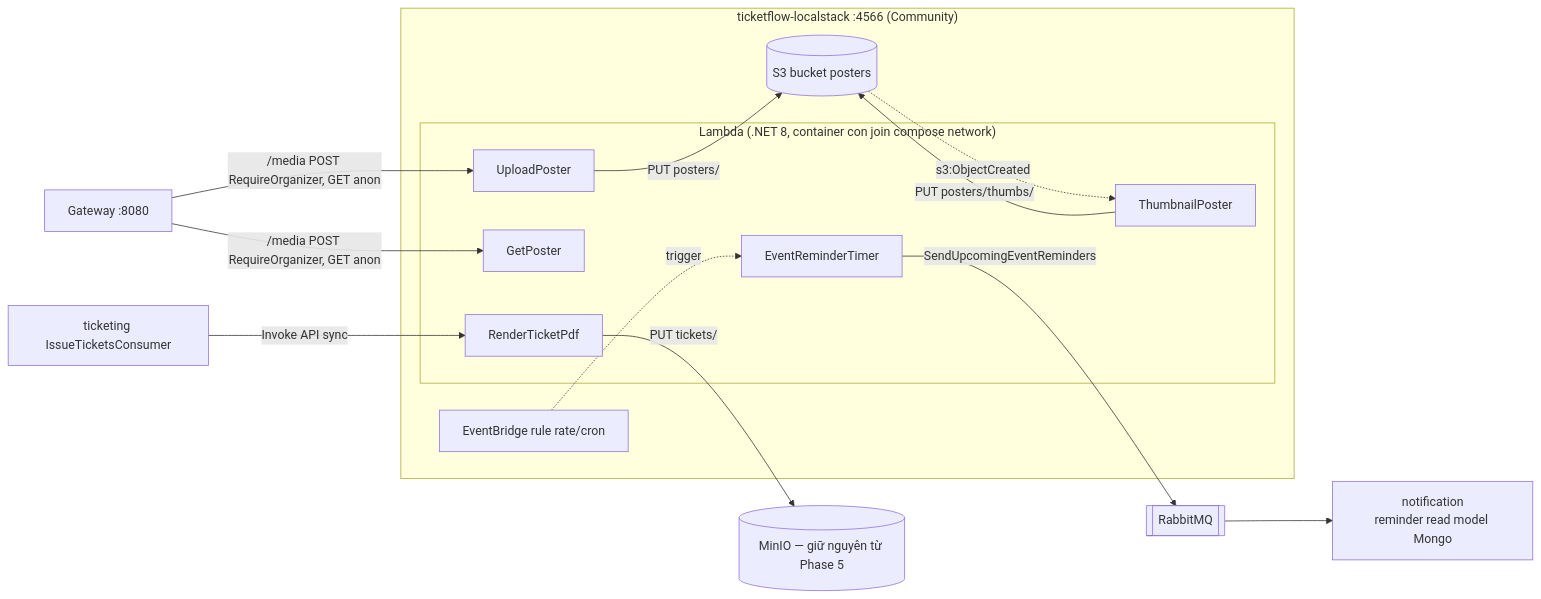
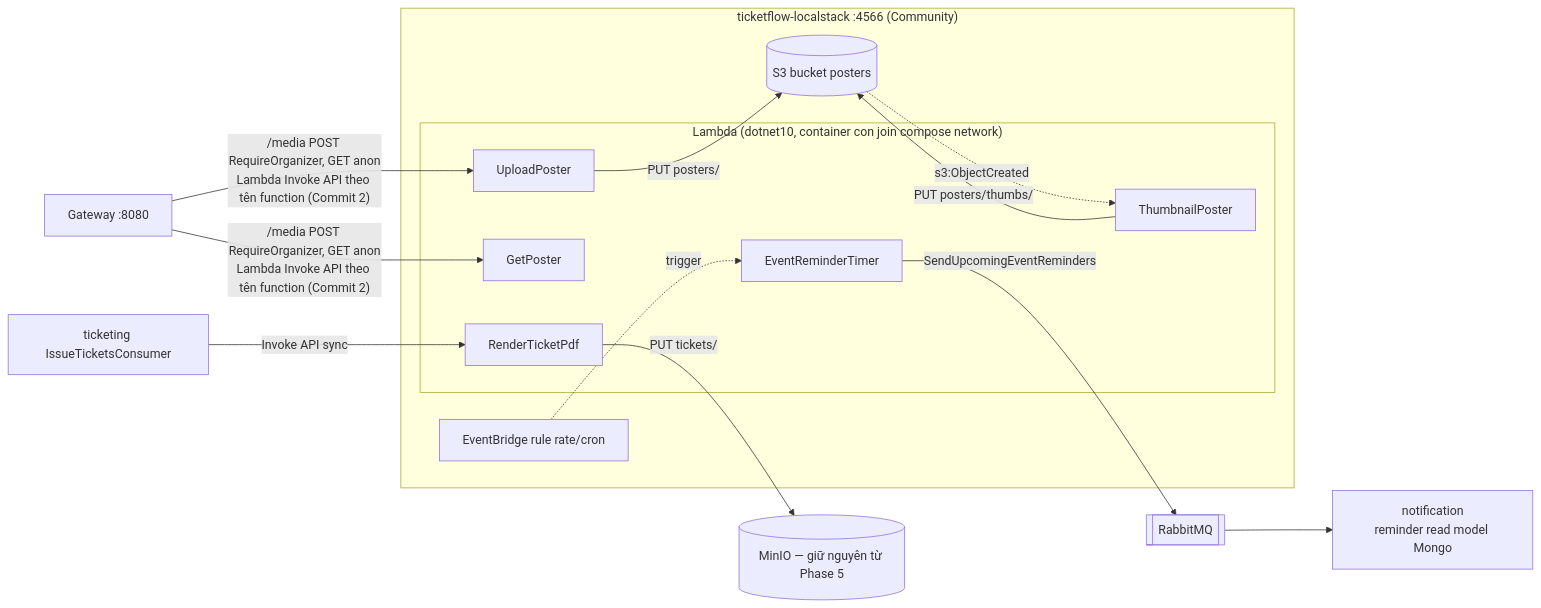
One commit to KingChen711/ticket-flow changed the diagram in docs/phase-9-plan.md. Above: the diagram before and after it, drawn with Mermaid. The commit also changed other lines of this file and 13 other files, not shown here.

Commit message:
feat(media): upload poster qua gateway + S3 notification

````diff
--- a/docs/phase-9-plan.md
+++ b/docs/phase-9-plan.md
@@ -114,23 +131,23 @@
 ```mermaid
 flowchart LR
     subgraph LS["ticketflow-localstack :4566 (Community)"]
         S3[(S3 bucket posters)]
         EB[EventBridge rule rate/cron]
-        subgraph Lambdas["Lambda (.NET 8, container con join compose network)"]
+        subgraph Lambdas["Lambda (dotnet10, container con join compose network)"]
             UP[UploadPoster]
             TH[ThumbnailPoster]
             GP[GetPoster]
             RT[RenderTicketPdf]
             TM[EventReminderTimer]
         end
     end
-    GW[Gateway :8080] -->|/media POST RequireOrganizer, GET anon| UP & GP
+    GW[Gateway :8080] -->|"/media POST RequireOrganizer, GET anon<br/>Lambda Invoke API theo tên function (Commit 2)"| UP & GP
     UP -->|PUT posters/| S3
     S3 -.s3:ObjectCreated.-> TH
     TH -->|PUT posters/thumbs/| S3
     TIC[ticketing IssueTicketsConsumer] -->|Invoke API sync| RT
     RT -->|PUT tickets/| MN[(MinIO — giữ nguyên từ Phase 5)]
     EB -.trigger.-> TM
     TM -->|SendUpcomingEventReminders| RB[[RabbitMQ]]
     RB --> NOT[notification<br/>reminder read model Mongo]
 ```
````
